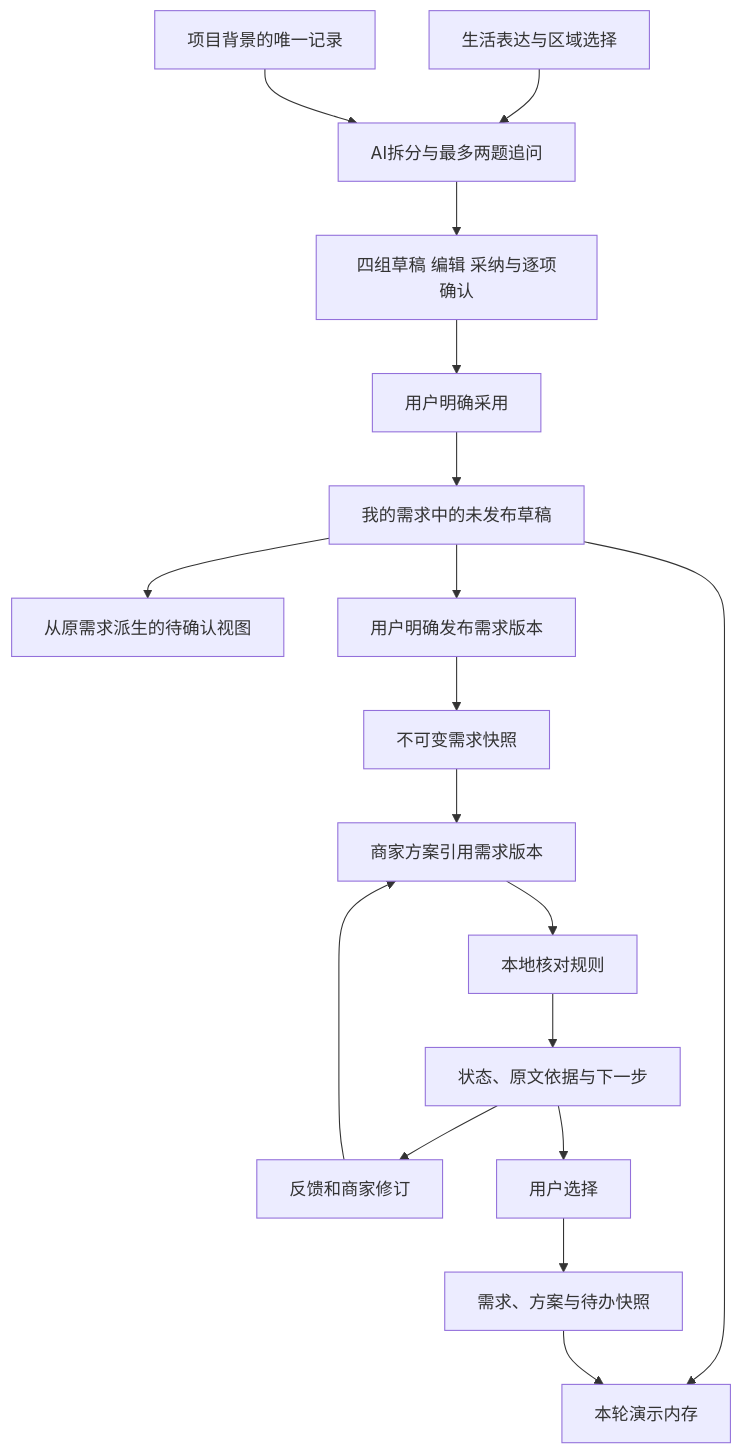
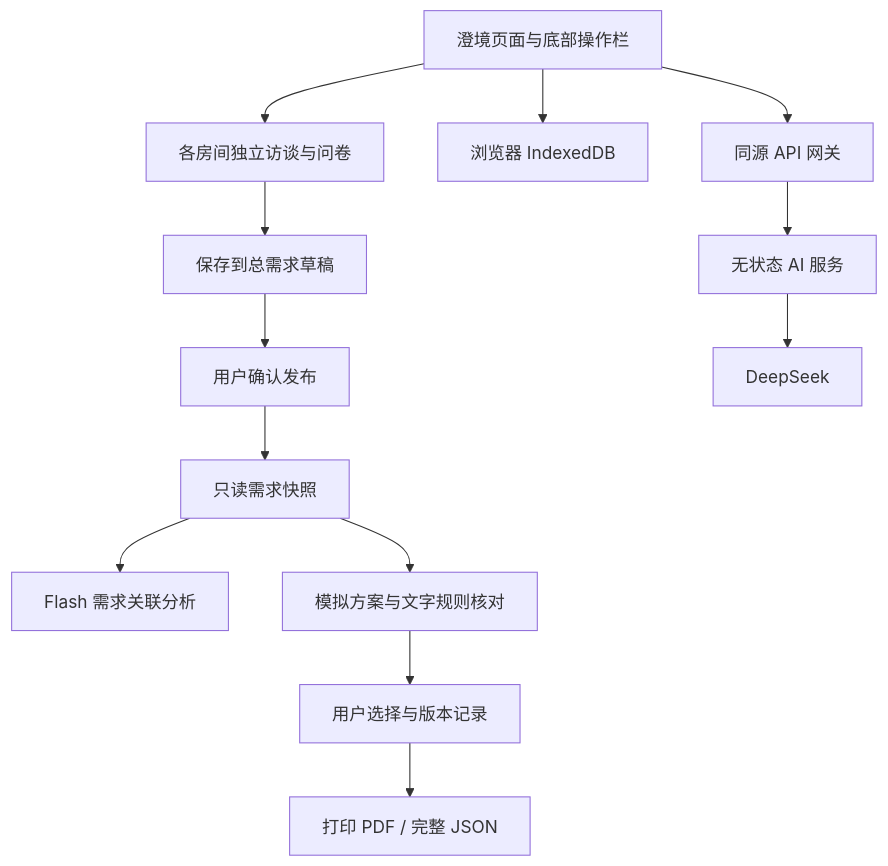
One commit to feifeifei686/bohack-project changed the diagram in docs/architecture.md. Above: the diagram before and after it, drawn with Mermaid. The commit also changed other lines of this file and 19 other files, not shown here.

````diff
--- a/docs/architecture.md
+++ b/docs/architecture.md
@@ -52,20 +17,15 @@
 ```mermaid
 flowchart TD
-    UI[生活表达与区域选择] --> AI[AI拆分与最多两题追问]
-    AI --> Intake[四组草稿 编辑 采纳与逐项确认]
-    Intake --> Adopt[用户明确采用]
-    Adopt --> Draft[我的需求中的未发布草稿]
-    Context[项目背景的唯一记录] --> AI
-    Draft --> Pending[从原需求派生的待确认视图]
-    Draft --> Publish[用户明确发布需求版本]
-    Publish --> Snapshot[不可变需求快照]
-    Snapshot --> Proposal[商家方案引用需求版本]
-    Proposal --> Rules[本地核对规则]
-    Rules --> Findings[状态、原文依据与下一步]
-    Findings --> Revise[反馈和商家修订]
-    Revise --> Proposal
-    Findings --> Select[用户选择]
-    Select --> Archive[需求、方案与待办快照]
-    Draft --> Storage[本轮演示内存]
-    Archive --> Storage
+    UI[澄境页面与底部操作栏] --> Rooms[各房间独立访谈与问卷]
+    Rooms --> Draft[保存到总需求草稿]
+    Draft --> Confirm[用户确认发布]
+    Confirm --> Snapshot[只读需求快照]
+    Snapshot --> Insight[Flash 需求关联分析]
+    Snapshot --> Compare[模拟方案与文字规则核对]
+    Compare --> Record[用户选择与版本记录]
+    UI --> Store[浏览器 IndexedDB]
+    Record --> Export[打印 PDF / 完整 JSON]
+    UI --> Gateway[同源 API 网关]
+    Gateway --> API[无状态 AI 服务]
+    API --> Model[DeepSeek]
 ```
````
